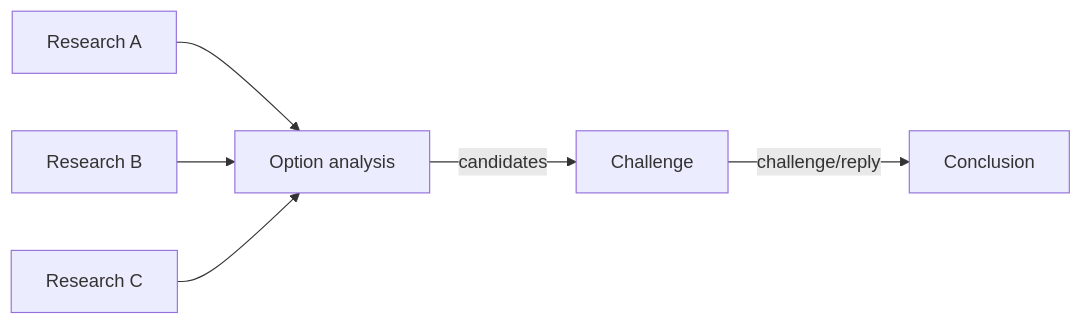
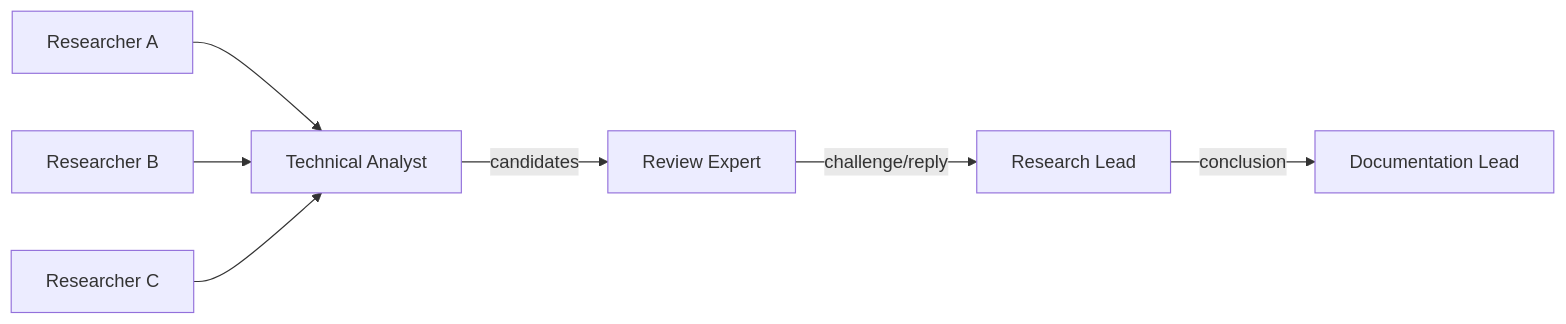
Before and after one commit to icylight/pi-tavern: the sixth of 6 diagrams in README.en.md, drawn with Mermaid. The commit also changed other lines of this file and 1 other file, not shown here.

Commit message:
docs(readme): 团队示例角色职位化——5 列表拆「角色（谁参与）/协作流程（谁做什么）」+ Mermaid 节点改具体职位（产品经理/事故负责人/SRE/安全架构师/分诊员等，中英一致，User 指示）

````diff
--- a/README.en.md
+++ b/README.en.md
@@ -160,8 +160,9 @@
 ```mermaid
 flowchart LR
-    R1["Research A"] --> SA["Option analysis"]
-    R2["Research B"] --> SA
-    R3["Research C"] --> SA
-    SA -->|"candidates"| AD["Challenge"]
-    AD -->|"challenge/reply"| CC["Conclusion"]
+    R1["Researcher A"] --> AN["Technical Analyst"]
+    R2["Researcher B"] --> AN
+    R3["Researcher C"] --> AN
+    AN -->|"candidates"| EXP["Review Expert"]
+    EXP -->|"challenge/reply"| LEAD["Research Lead"]
+    LEAD -->|"conclusion"| DOC["Documentation Lead"]
 ```
````
